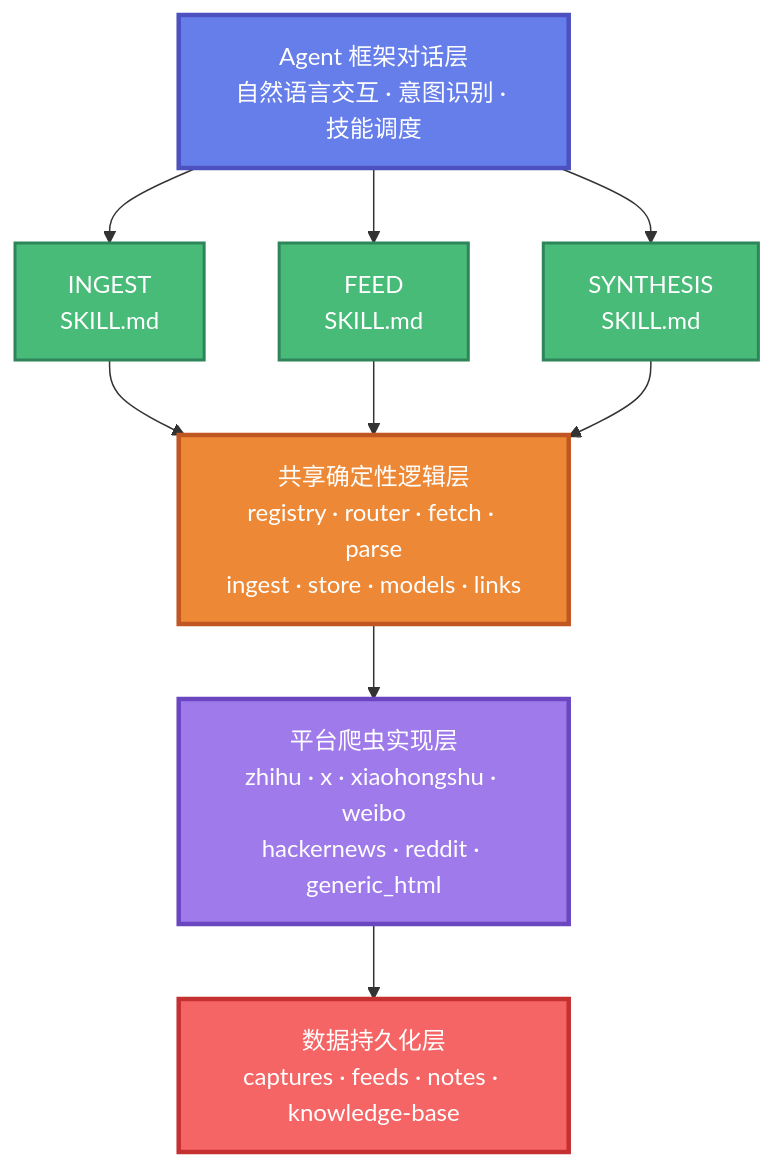
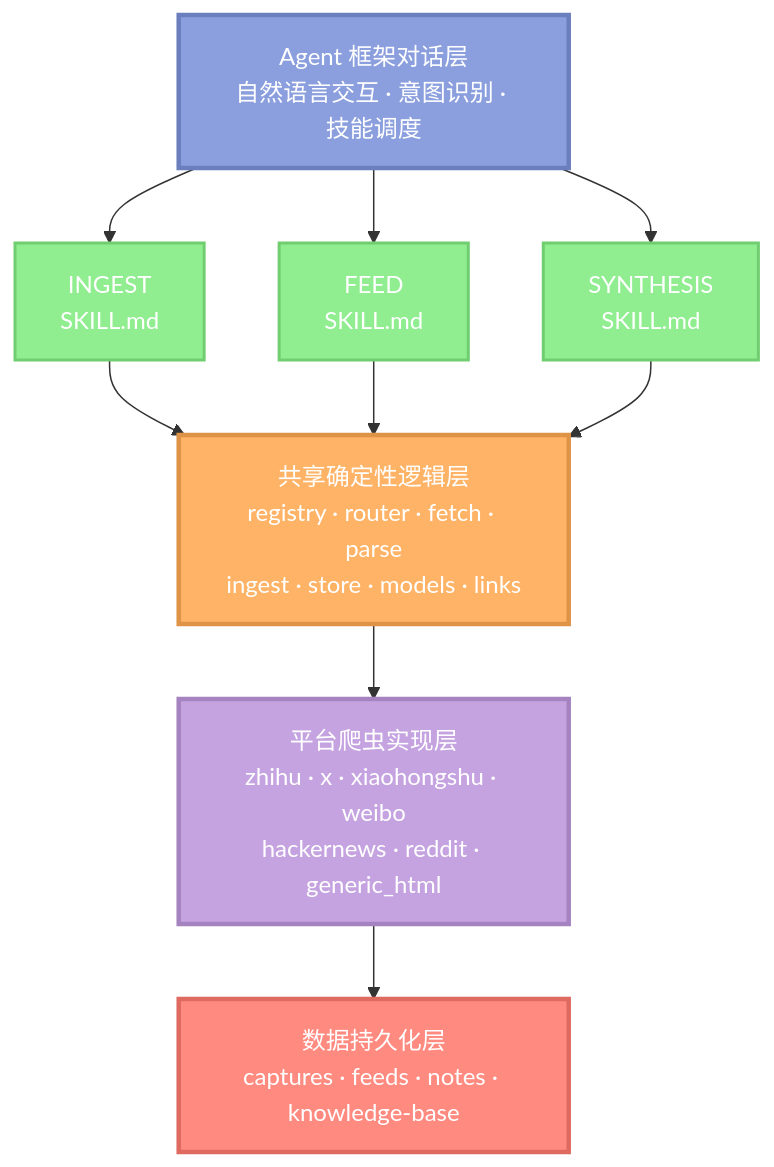
Before and after one commit to NatsuFox/Tapestry: the second of 4 diagrams in README.md, drawn with Mermaid. The commit also changed other lines of this file, not shown here.

First line of the commit message:
style: soften diagram colors for better readability

````diff
--- a/README.md
+++ b/README.md
@@ -220,27 +220,27 @@
 ```mermaid
 flowchart TB
     A[Agent 框架对话层<br/>自然语言交互 · 意图识别 · 技能调度]
 
     B1[INGEST<br/>SKILL.md]
     B2[FEED<br/>SKILL.md]
     B3[SYNTHESIS<br/>SKILL.md]
 
     C[共享确定性逻辑层<br/>registry · router · fetch · parse<br/>ingest · store · models · links]
 
     D[平台爬虫实现层<br/>zhihu · x · xiaohongshu · weibo<br/>hackernews · reddit · generic_html]
 
     E[数据持久化层<br/>captures · feeds · notes · knowledge-base]
 
     A --> B1 & B2 & B3
     B1 & B2 & B3 --> C
     C --> D
     D --> E
 
-    style A fill:#667EEA,stroke:#4C51BF,stroke-width:3px,color:#fff
-    style B1 fill:#48BB78,stroke:#2F855A,stroke-width:2px,color:#fff
-    style B2 fill:#48BB78,stroke:#2F855A,stroke-width:2px,color:#fff
-    style B3 fill:#48BB78,stroke:#2F855A,stroke-width:2px,color:#fff
-    style C fill:#ED8936,stroke:#C05621,stroke-width:3px,color:#fff
-    style D fill:#9F7AEA,stroke:#6B46C1,stroke-width:3px,color:#fff
-    style E fill:#F56565,stroke:#C53030,stroke-width:3px,color:#fff
+    style A fill:#8B9FDE,stroke:#6B7FBE,stroke-width:3px,color:#fff
+    style B1 fill:#90EE90,stroke:#70CE70,stroke-width:2px,color:#fff
+    style B2 fill:#90EE90,stroke:#70CE70,stroke-width:2px,color:#fff
+    style B3 fill:#90EE90,stroke:#70CE70,stroke-width:2px,color:#fff
+    style C fill:#FFB366,stroke:#DF9346,stroke-width:3px,color:#fff
+    style D fill:#C5A3E0,stroke:#A583C0,stroke-width:3px,color:#fff
+    style E fill:#FF8A80,stroke:#DF6A60,stroke-width:3px,color:#fff
 ```
````
